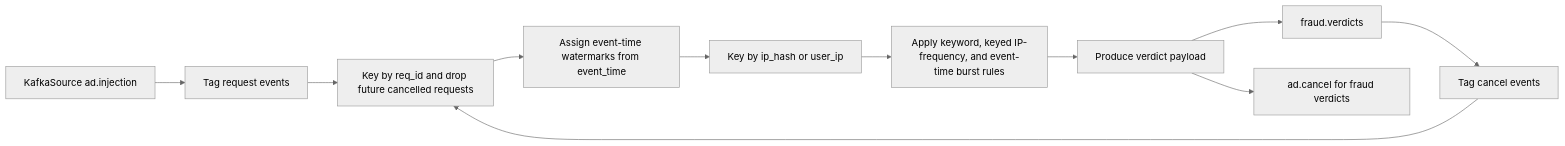
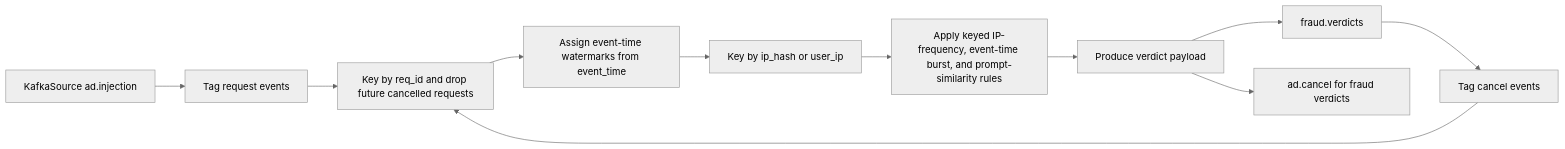
One commit to IamMistake/ai-ad-request-safety-pipeline changed the diagram in docs/flink_processing.md. Above: the diagram before and after it, drawn with Mermaid (neutral theme). The commit also changed other lines of this file and 9 other files, not shown here.

````diff
--- a/docs/flink_processing.md
+++ b/docs/flink_processing.md
@@ -20,13 +20,13 @@
 ```mermaid
 flowchart LR
     A[KafkaSource ad.injection] --> B[Tag request events]
     H[KafkaSource ad.cancel] --> I[Tag cancel events]
     B --> C[Key by req_id and drop future cancelled requests]
     I --> C
     C --> D[Assign event-time watermarks from event_time]
     D --> E[Key by ip_hash or user_ip]
-    E --> F[Apply keyword, keyed IP-frequency, and event-time burst rules]
+    E --> F[Apply keyed IP-frequency, event-time burst, and prompt-similarity rules]
     F --> G[Produce verdict payload]
     G --> H[fraud.verdicts]
     G --> J[ad.cancel for fraud verdicts]
 ```
````
